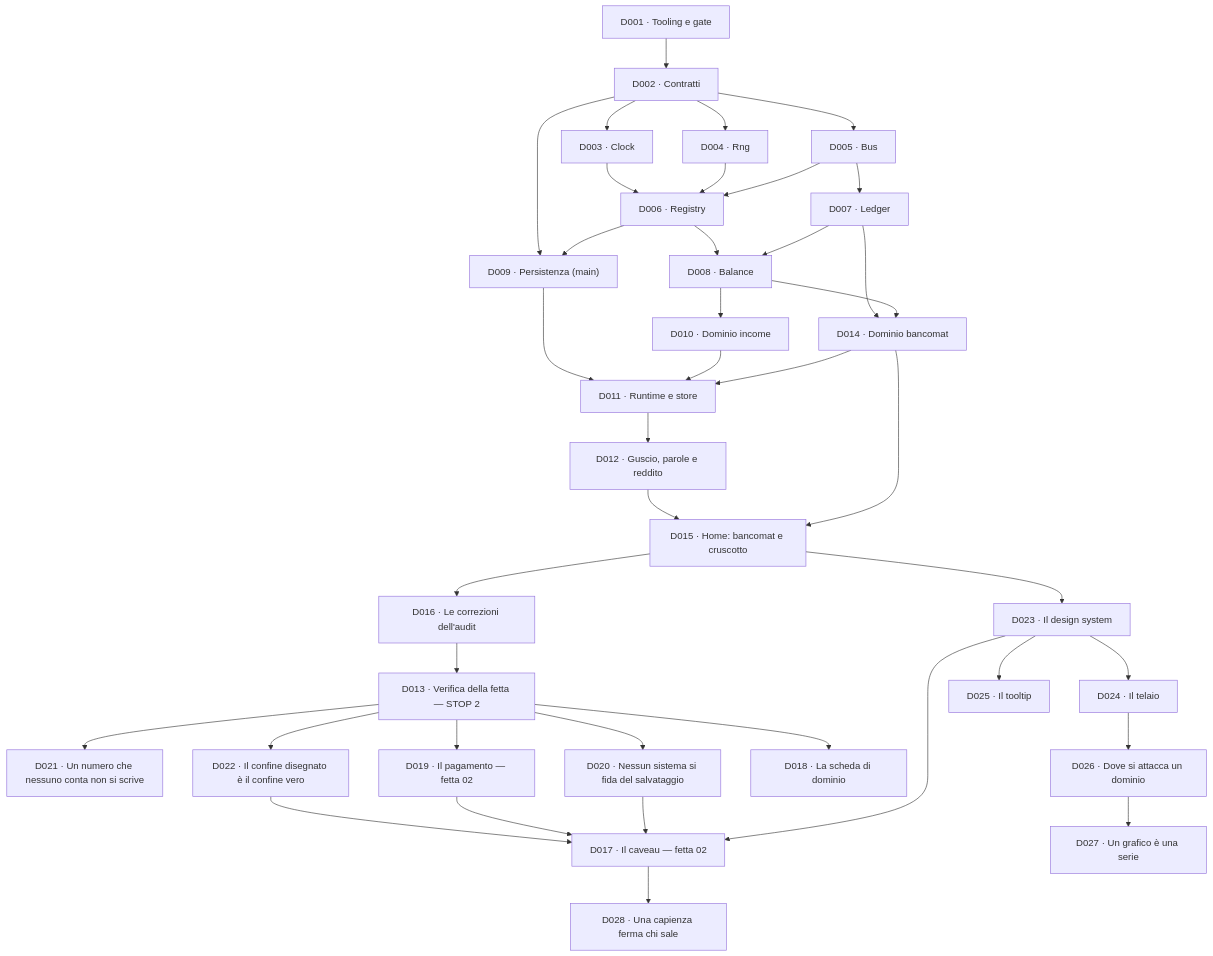
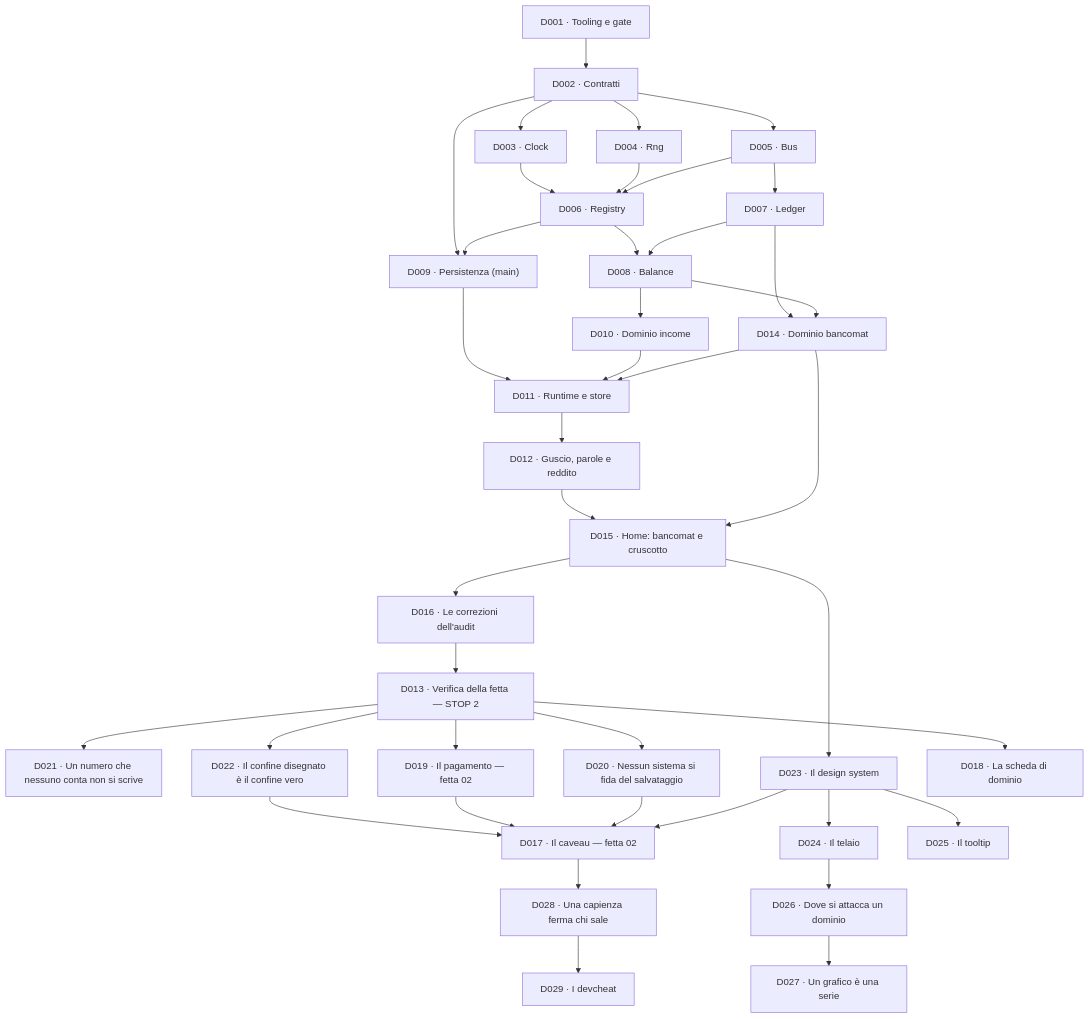
Before and after one commit to devfrx/solvent: the diagram in docs/delega/README.md, drawn with Mermaid. The commit also changed other lines of this file and 25 other files, not shown here.

````diff
--- a/docs/delega/README.md
+++ b/docs/delega/README.md
@@ -74,41 +74,42 @@
 ```mermaid
 flowchart TD
   D001["D001 · Tooling e gate"] --> D002["D002 · Contratti"]
   D002 --> D003["D003 · Clock"]
   D002 --> D004["D004 · Rng"]
   D002 --> D005["D005 · Bus"]
   D003 --> D006["D006 · Registry"]
   D004 --> D006
   D005 --> D006
   D005 --> D007["D007 · Ledger"]
   D006 --> D008["D008 · Balance"]
   D007 --> D008
   D002 --> D009["D009 · Persistenza (main)"]
   D006 --> D009
   D008 --> D010["D010 · Dominio income"]
   D007 --> D014["D014 · Dominio bancomat"]
   D008 --> D014
   D009 --> D011["D011 · Runtime e store"]
   D010 --> D011
   D014 --> D011
   D011 --> D012["D012 · Guscio, parole e reddito"]
   D012 --> D015["D015 · Home: bancomat e cruscotto"]
   D014 --> D015
   D015 --> D016["D016 · Le correzioni dell'audit"]
   D016 --> D013["D013 · Verifica della fetta — STOP 2"]
   D013 --> D021["D021 · Un numero che nessuno conta non si scrive"]
   D013 --> D022["D022 · Il confine disegnato è il confine vero"]
   D022 --> D017
   D013 --> D019["D019 · Il pagamento — fetta 02"]
   D013 --> D020["D020 · Nessun sistema si fida del salvataggio"]
   D015 --> D023["D023 · Il design system"]
   D019 --> D017["D017 · Il caveau — fetta 02"]
   D020 --> D017
   D023 --> D017
   D013 --> D018["D018 · La scheda di dominio"]
   D023 --> D024["D024 · Il telaio"]
   D023 --> D025["D025 · Il tooltip"]
   D024 --> D026["D026 · Dove si attacca un dominio"]
   D026 --> D027["D027 · Un grafico è una serie"]
   D017 --> D028["D028 · Una capienza ferma chi sale"]
+  D028 --> D029["D029 · I devcheat"]
 ```
````
